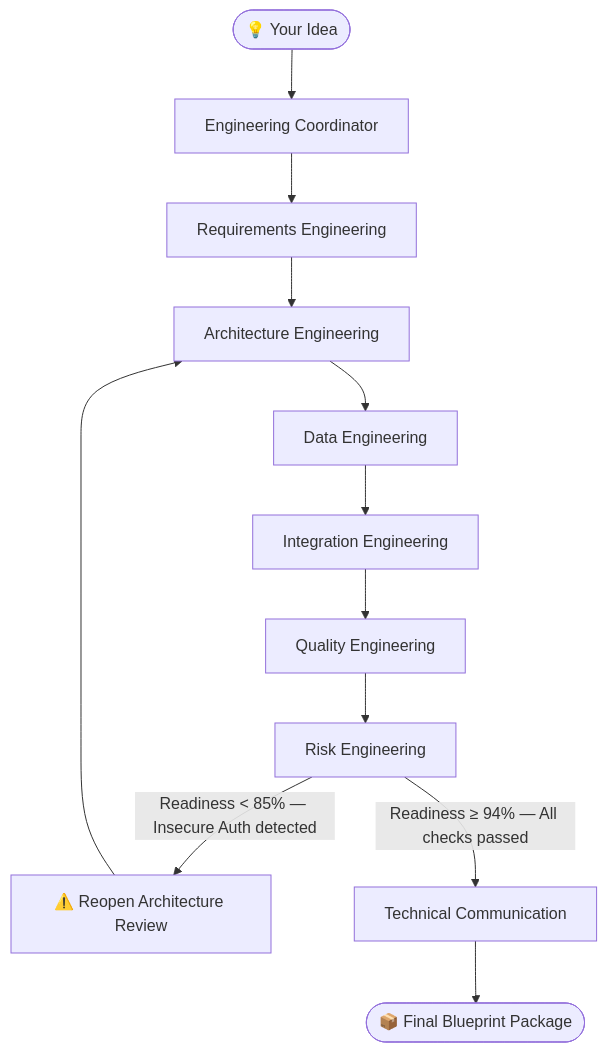
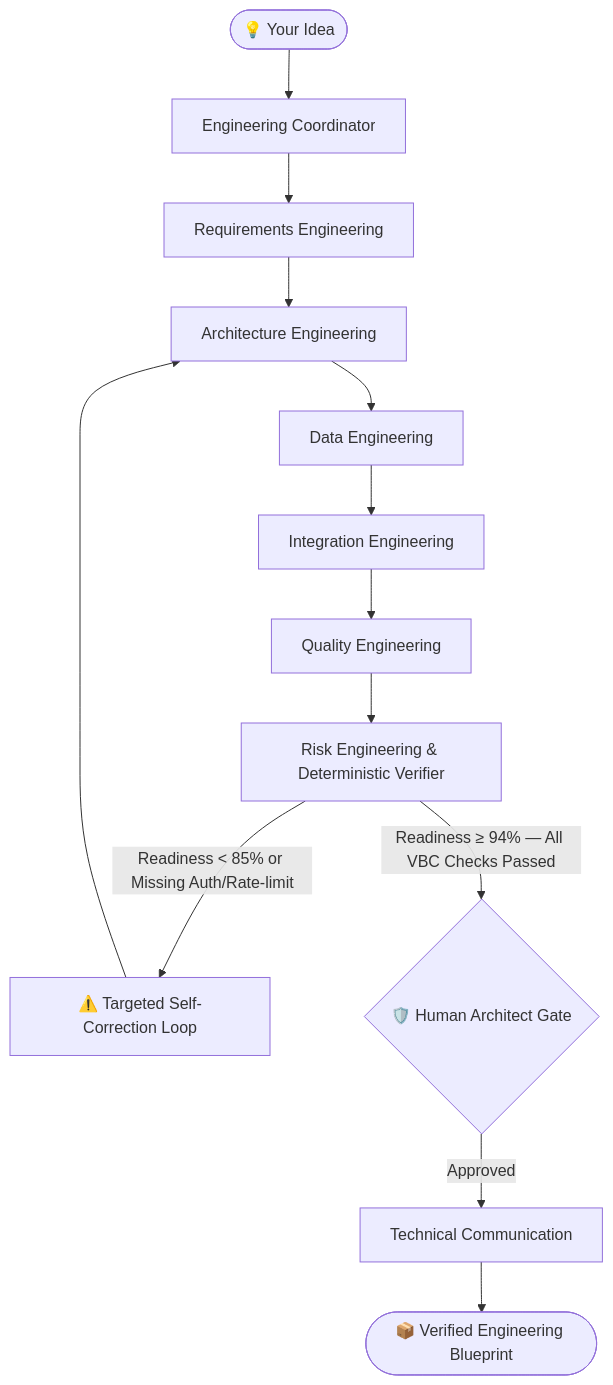
The diagram in README.md (riswanmsm/architectos-ai), drawn with Mermaid before and after one commit. The commit also changed other lines of this file and 46 other files, not shown here.

Commit message:
feat: complete hackathon deliverables, deterministic verifier, and reproduction guide

````diff
--- a/README.md
+++ b/README.md
@@ -61,16 +84,17 @@
 ```mermaid
 graph TD
     User([💡 Your Idea]) --> C[Engineering Coordinator]
     C --> RE[Requirements Engineering]
     RE --> AE[Architecture Engineering]
     AE --> DE[Data Engineering]
     DE --> IE[Integration Engineering]
     IE --> QE[Quality Engineering]
-    QE --> Risk[Risk Engineering]
+    QE --> Risk[Risk Engineering & Deterministic Verifier]
 
-    Risk -- "Readiness < 85% — Insecure Auth detected" --> Alert["⚠️ Reopen Architecture Review"]
+    Risk -- "Readiness < 85% or Missing Auth/Rate-limit" --> Alert["⚠️ Targeted Self-Correction Loop"]
     Alert --> AE
 
-    Risk -- "Readiness ≥ 94% — All checks passed" --> TC[Technical Communication]
-    TC --> Final([📦 Final Blueprint Package])
+    Risk -- "Readiness ≥ 94% — All VBC Checks Passed" --> Gate{"🛡️ Human Architect Gate"}
+    Gate -- "Approved" --> TC[Technical Communication]
+    TC --> Final([📦 Verified Engineering Blueprint])
 ```
````
